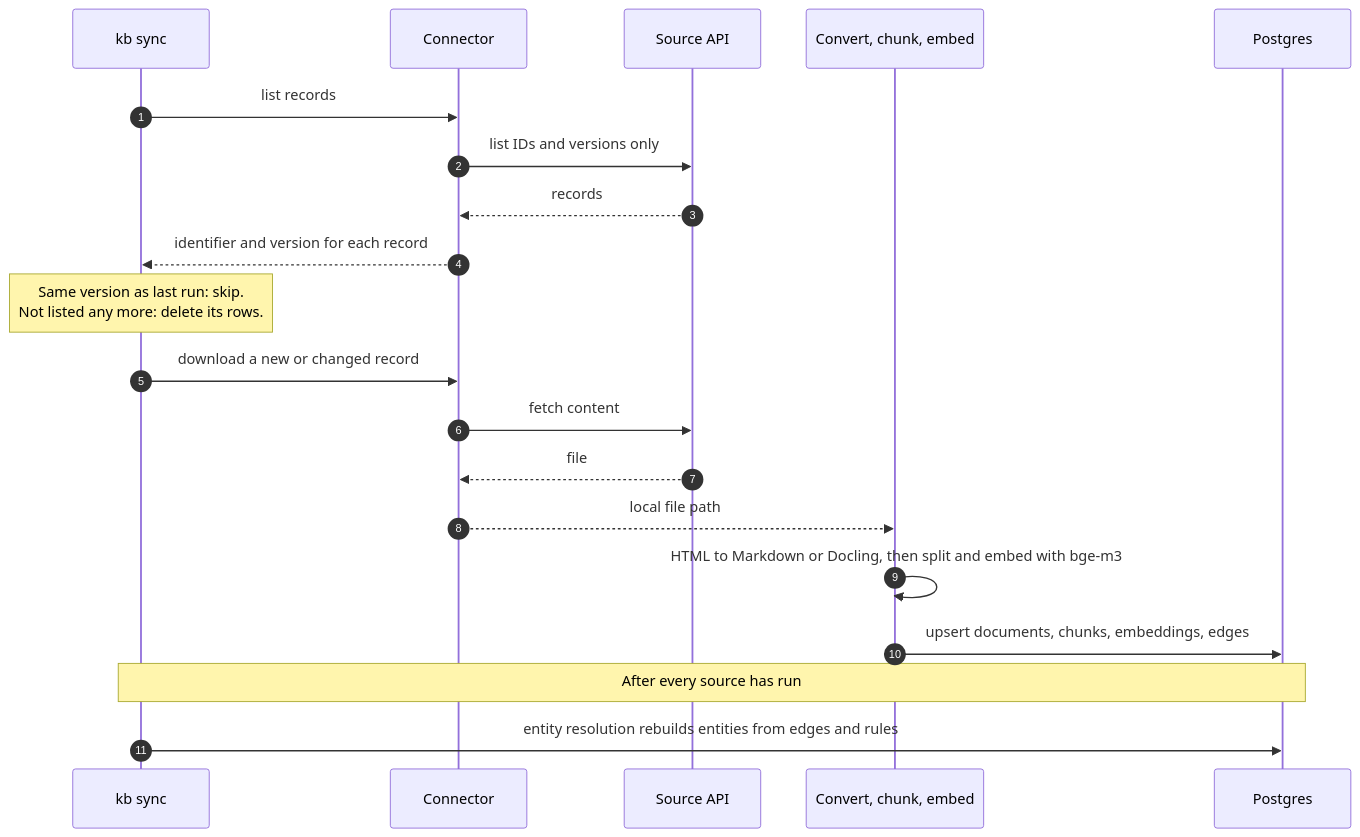
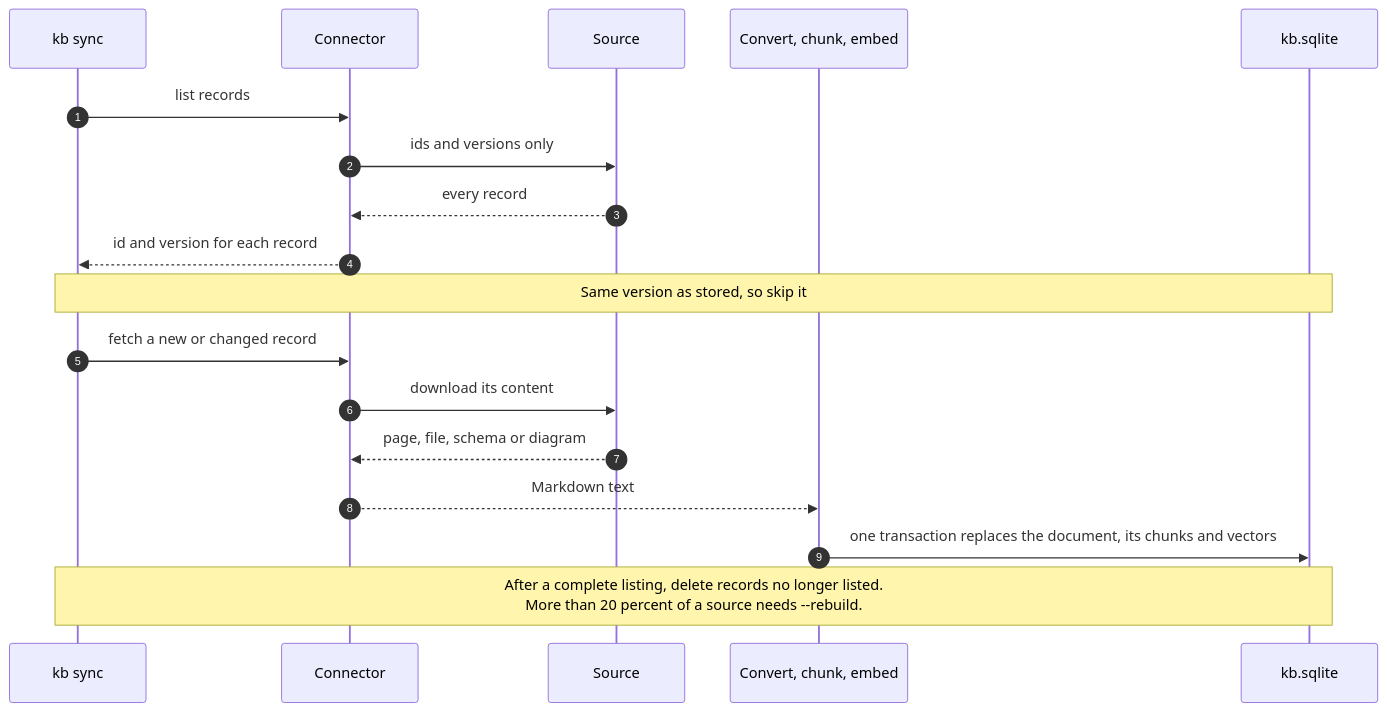
One commit to abhijitkushwaha1998/knowledge-base changed the second of 4 diagrams in docs/architecture.md. Above: the diagram before and after it, drawn with Mermaid. The commit also changed other lines of this file and 14 other files, not shown here.

````diff
--- a/docs/architecture.md
+++ b/docs/architecture.md
@@ -88,22 +73,20 @@
 ```mermaid
 sequenceDiagram
   autonumber
   participant K as kb sync
   participant C as Connector
-  participant A as Source API
+  participant S as Source
   participant P as Convert, chunk, embed
-  participant DB as Postgres
+  participant DB as kb.sqlite
   K->>C: list records
-  C->>A: list IDs and versions only
-  A-->>C: records
-  C-->>K: identifier and version for each record
-  Note over K: Same version as last run: skip.<br/>Not listed any more: delete its rows.
-  K->>C: download a new or changed record
-  C->>A: fetch content
-  A-->>C: file
-  C-->>P: local file path
-  P->>P: HTML to Markdown or Docling, then split and embed with bge-m3
-  P->>DB: upsert documents, chunks, embeddings, edges
-  Note over K,DB: After every source has run
-  K->>DB: entity resolution rebuilds entities from edges and rules
+  C->>S: ids and versions only
+  S-->>C: every record
+  C-->>K: id and version for each record
+  Note over K,DB: Same version as stored, so skip it
+  K->>C: fetch a new or changed record
+  C->>S: download its content
+  S-->>C: page, file, schema or diagram
+  C-->>P: Markdown text
+  P->>DB: one transaction replaces the document, its chunks and vectors
+  Note over K,DB: After a complete listing, delete records no longer listed.<br/>More than 20 percent of a source needs --rebuild.
 ```
````
